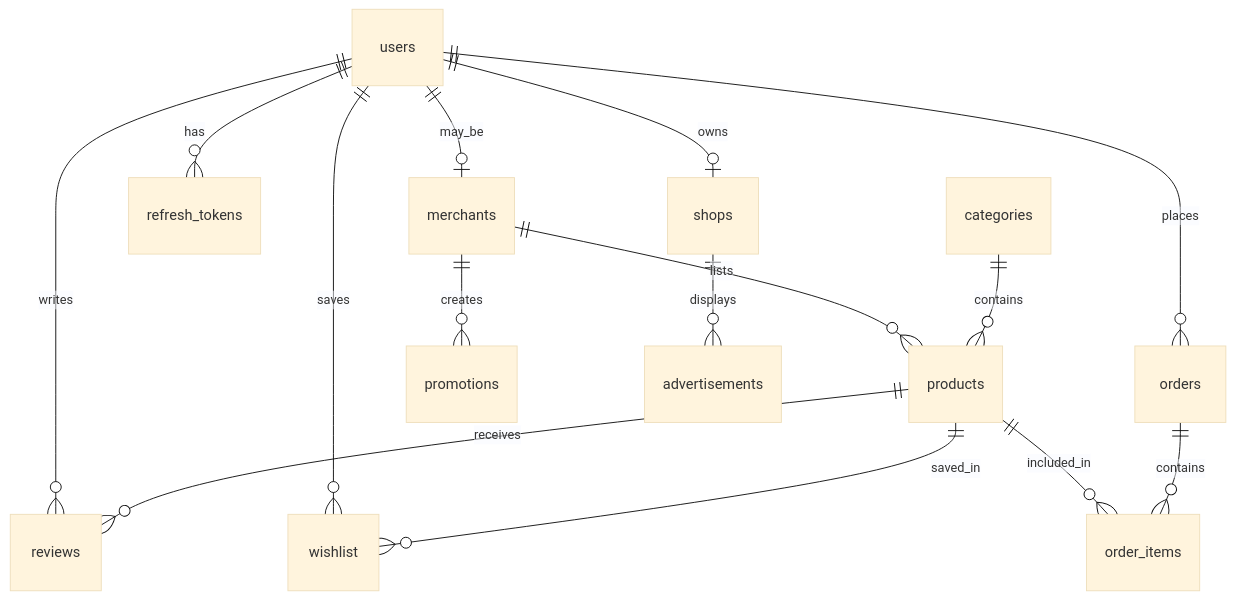
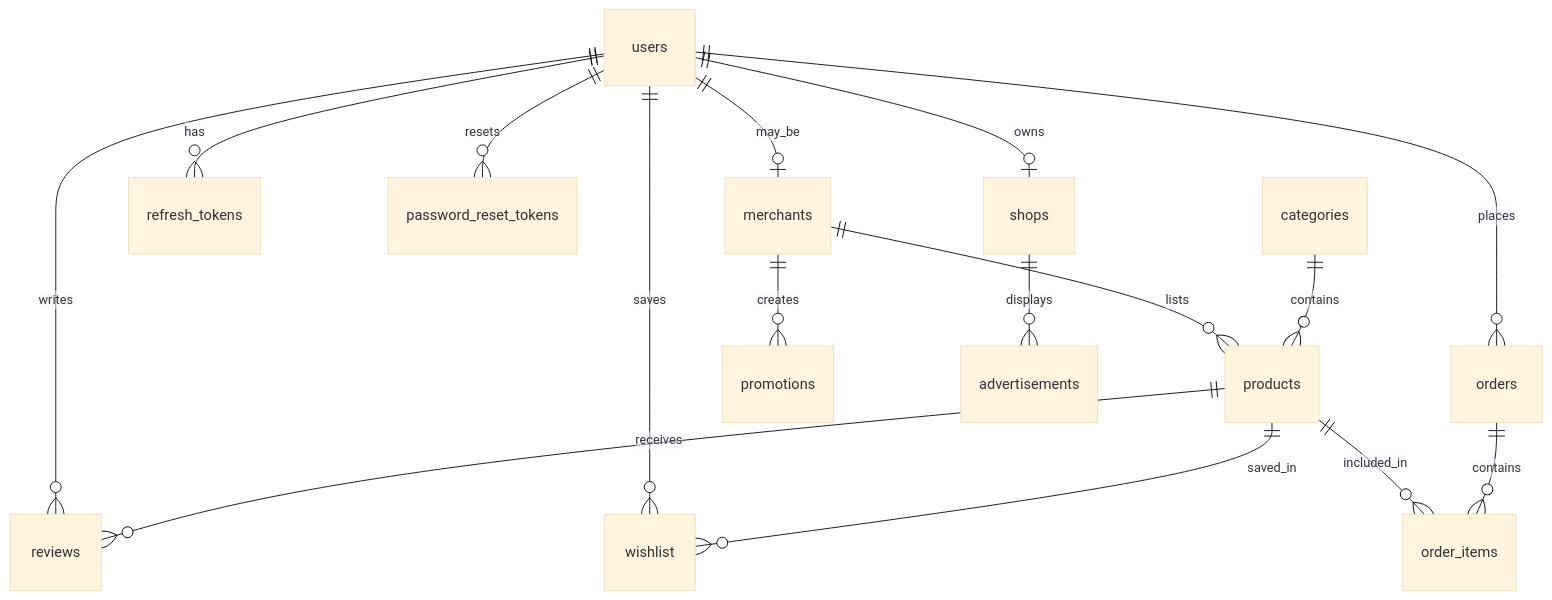
The second of 3 diagrams in docs/core-work/データベース設計書_DATABASE_SPEC.md (khaingthinthinwin-dev/skin-analysis), drawn with Mermaid (base theme) before and after one commit. The commit also changed other lines of this file and 6 other files, not shown here.

````diff
--- a/docs/core-work/データベース設計書_DATABASE_SPEC.md
+++ b/docs/core-work/データベース設計書_DATABASE_SPEC.md
@@ -151,17 +149,18 @@
 ```mermaid
 erDiagram
     users ||--o| merchants : "may_be"
     users ||--o{ reviews : "writes"
     users ||--o{ wishlist : "saves"
     users ||--o{ orders : "places"
     users ||--o{ refresh_tokens : "has"
+    users ||--o{ password_reset_tokens : "resets"
     users ||--o| shops : "owns"
     merchants ||--o{ products : "lists"
     merchants ||--o{ promotions : "creates"
     categories ||--o{ products : "contains"
     products ||--o{ reviews : "receives"
     products ||--o{ wishlist : "saved_in"
     products ||--o{ order_items : "included_in"
     orders ||--o{ order_items : "contains"
     shops ||--o{ advertisements : "displays"
 ```
````
